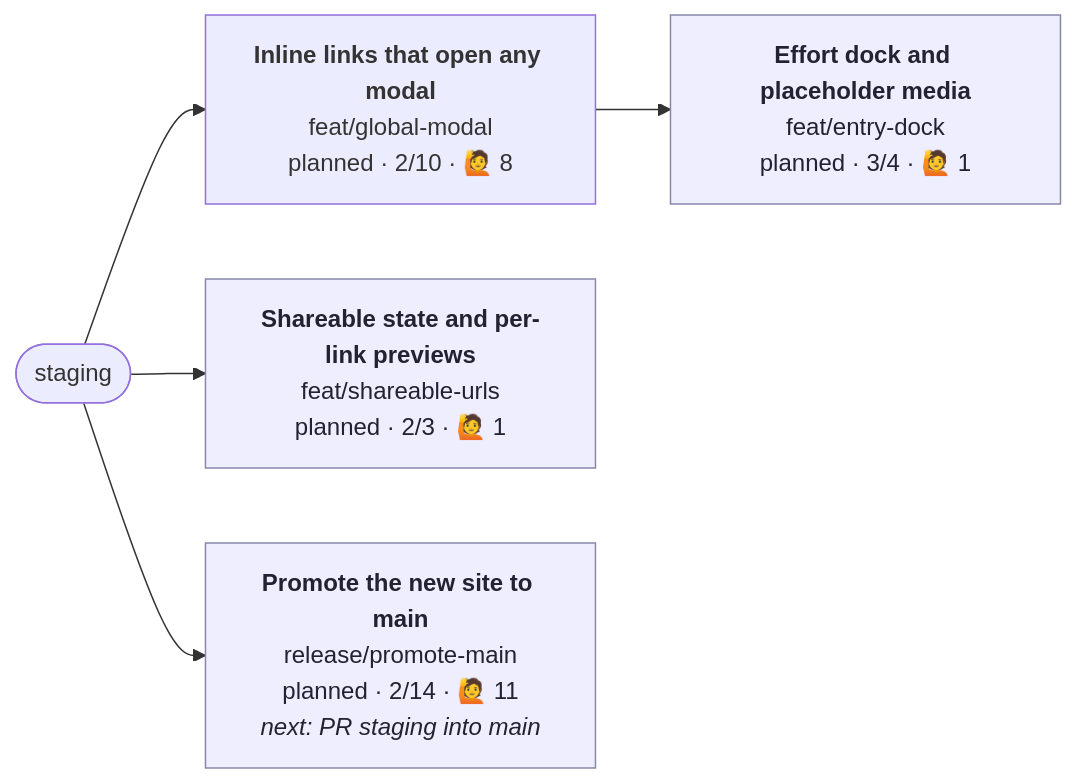
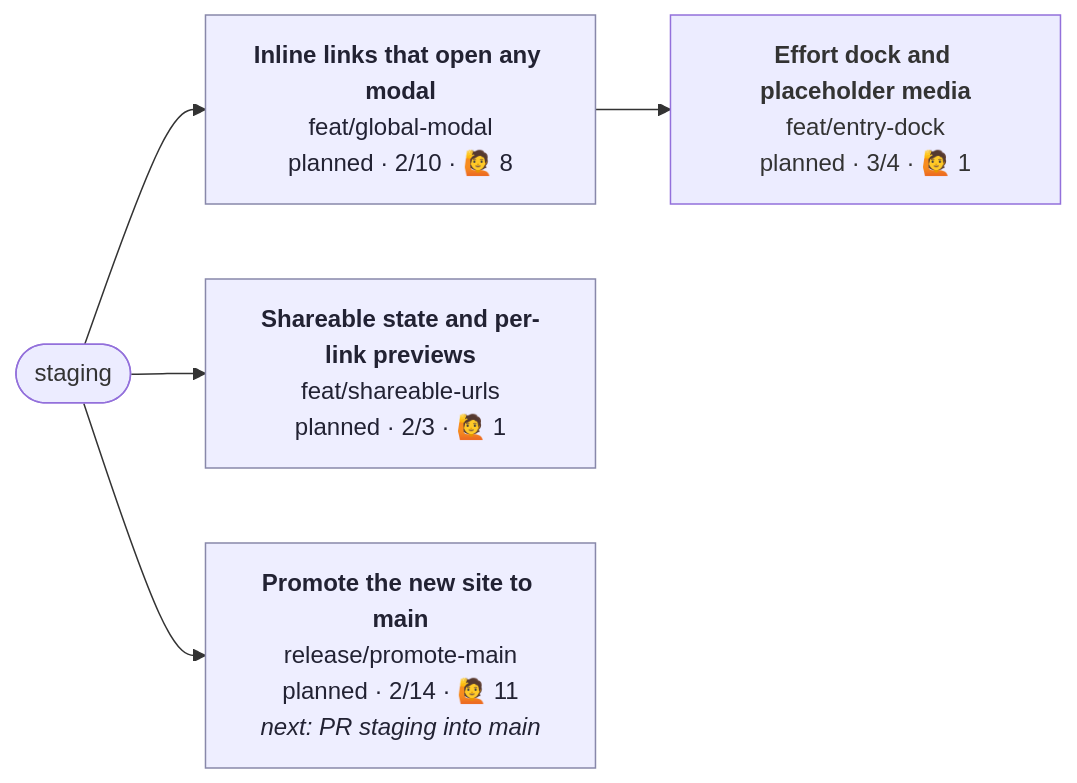
One commit to henryjonescodes/portfolio changed the diagram in CONTRIBUTING.md. Above: the diagram before and after it, drawn with Mermaid. The commit also changed other lines of this file, not shown here.

````diff
--- a/CONTRIBUTING.md
+++ b/CONTRIBUTING.md
@@ -5,21 +5,21 @@
 ```mermaid
 flowchart LR
   n_staging([staging])
   n_feat_entry_dock["<b>Effort dock and placeholder media</b><br/>feat/entry-dock<br/>planned · 3/4 · 🙋 1"]
-  class n_feat_entry_dock planned
+  class n_feat_entry_dock planned,current
   n_feat_global_modal --> n_feat_entry_dock
   n_feat_global_modal["<b>Inline links that open any modal</b><br/>feat/global-modal<br/>planned · 2/10 · 🙋 8"]
-  class n_feat_global_modal planned,current
+  class n_feat_global_modal planned
   n_staging --> n_feat_global_modal
   n_feat_shareable_urls["<b>Shareable state and per-link previews</b><br/>feat/shareable-urls<br/>planned · 2/3 · 🙋 1"]
   class n_feat_shareable_urls planned
   n_staging --> n_feat_shareable_urls
   n_release_promote_main["<b>Promote the new site to main</b><br/>release/promote-main<br/>planned · 2/14 · 🙋 11<br/><i>next: PR staging into main</i>"]
   class n_release_promote_main planned
   n_staging --> n_release_promote_main
   classDef planned fill:#eef,stroke:#88a,color:#223
   classDef active fill:#dfd,stroke:#3a3,stroke-width:3px,color:#132
   classDef blocked fill:#fdd,stroke:#c33,color:#311
   classDef review fill:#ffd,stroke:#cc3,color:#331
   classDef current stroke:#06c,stroke-width:4px
 ```
````
